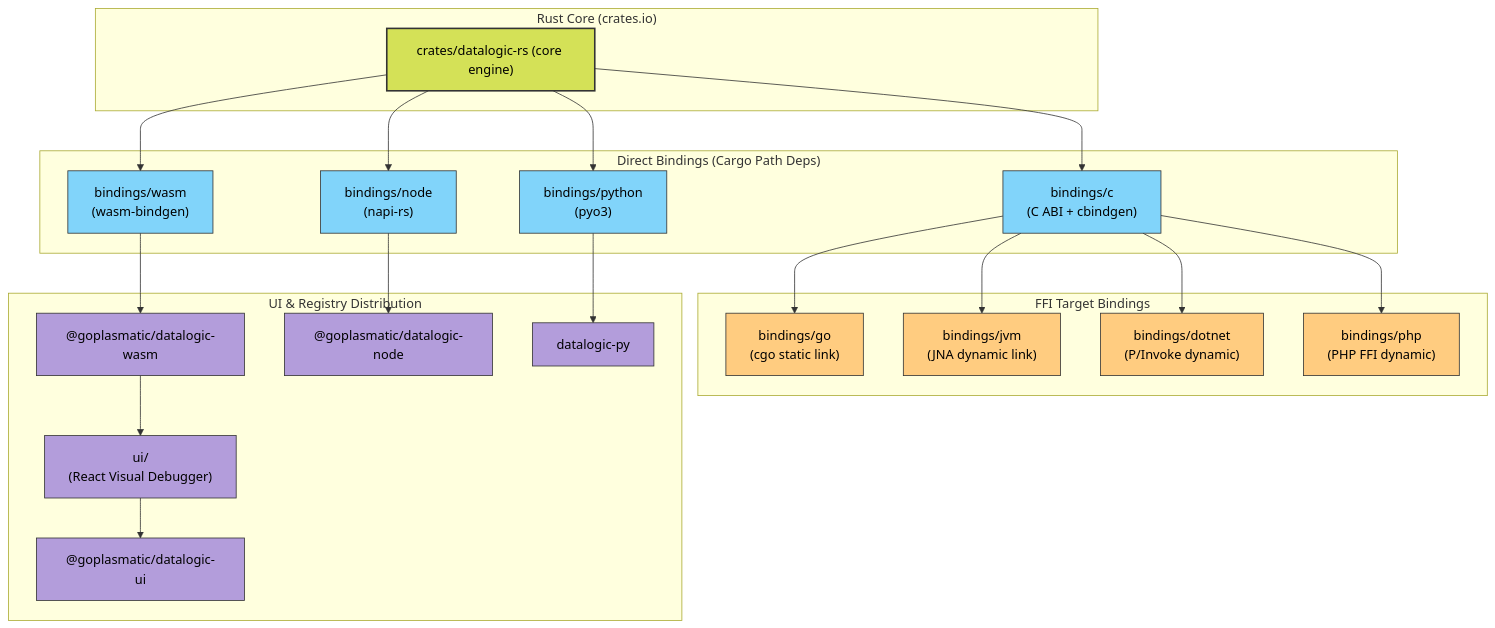
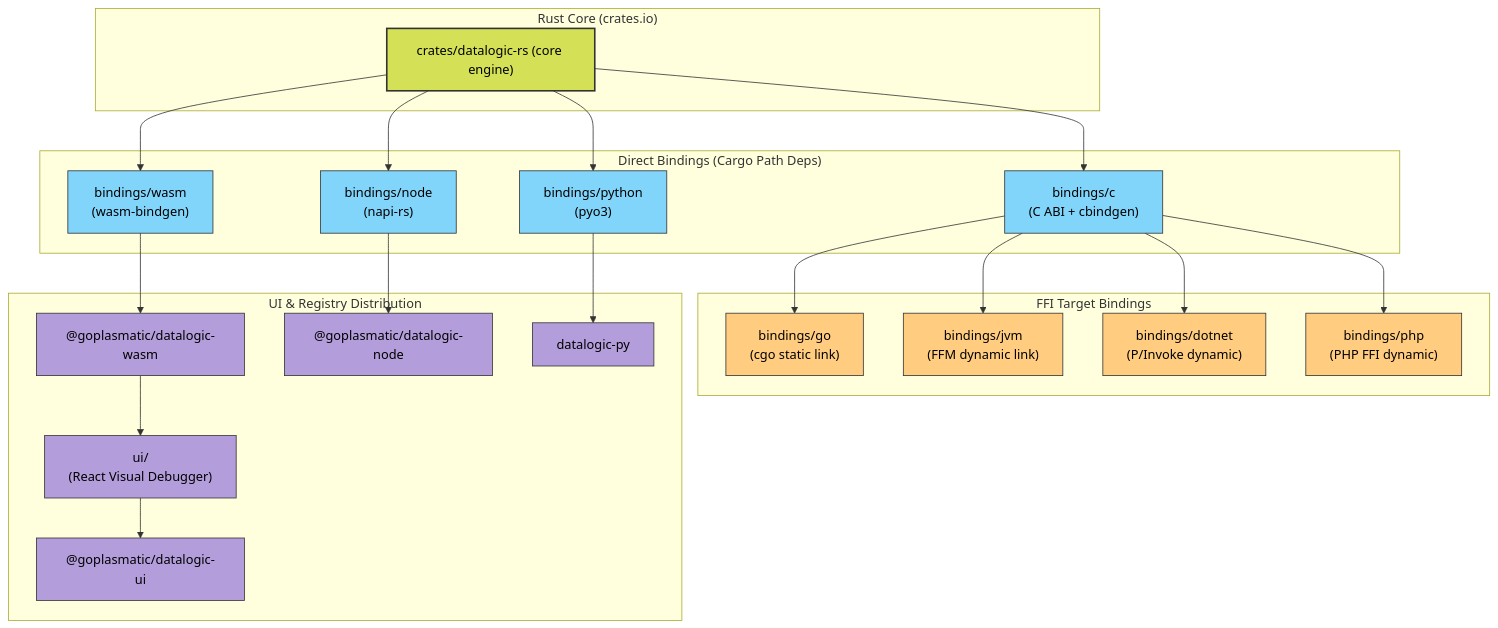
Before and after one commit to GoPlasmatic/datalogic-rs: the first of 2 diagrams in ARCHITECTURE.md, drawn with Mermaid. The commit also changed other lines of this file and 20 other files, not shown here.

First line of the commit message:
chore(release): finalize 5.0.1 — stamp changelog, sweep version drift, JNA→FFM docs

````diff
--- a/ARCHITECTURE.md
+++ b/ARCHITECTURE.md
@@ -6,60 +6,60 @@
 ```mermaid
 graph TD
     %% Core Engine
     subgraph Core ["Rust Core (crates.io)"]
         Engine["crates/datalogic-rs (core engine)"]
     end
 
     %% Direct Bindings
     subgraph Direct ["Direct Bindings (Cargo Path Deps)"]
         WASM["bindings/wasm <br> (wasm-bindgen)"]
         Node["bindings/node <br> (napi-rs)"]
         Python["bindings/python <br> (pyo3)"]
         C_FFI["bindings/c <br> (C ABI + cbindgen)"]
     end
 
     %% FFI Consumers
     subgraph Consumers ["FFI Target Bindings"]
         Go["bindings/go <br> (cgo static link)"]
-        JVM["bindings/jvm <br> (JNA dynamic link)"]
+        JVM["bindings/jvm <br> (FFM dynamic link)"]
         DotNet["bindings/dotnet <br> (P/Invoke dynamic)"]
         PHP["bindings/php <br> (PHP FFI dynamic)"]
     end
 
     %% Ecosystem / UI
     subgraph UI_Ecosystem ["UI & Registry Distribution"]
         UI["ui/ <br> (React Visual Debugger)"]
         NPM_WASM["@goplasmatic/datalogic-wasm"]
         NPM_NODE["@goplasmatic/datalogic-node"]
         PyPI["datalogic-py"]
         NPM_UI["@goplasmatic/datalogic-ui"]
     end
 
     %% Relationships
     Engine --> WASM
     Engine --> Node
     Engine --> Python
     Engine --> C_FFI
     
     C_FFI --> Go
     C_FFI --> JVM
     C_FFI --> DotNet
     C_FFI --> PHP
 
     WASM --> NPM_WASM
     Node --> NPM_NODE
     Python --> PyPI
     
     NPM_WASM --> UI
     UI --> NPM_UI
     
     classDef core fill:#d4e157,stroke:#333,stroke-width:2px,color:#000;
     classDef binding fill:#81d4fa,stroke:#333,stroke-width:1px,color:#000;
     classDef consumer fill:#ffcc80,stroke:#333,stroke-width:1px,color:#000;
     classDef ui fill:#b39ddb,stroke:#333,stroke-width:1px,color:#000;
     
     class Engine core;
     class WASM,Node,Python,C_FFI binding;
     class Go,JVM,DotNet,PHP consumer;
     class UI,NPM_WASM,NPM_NODE,PyPI,NPM_UI ui;
 ```
````
